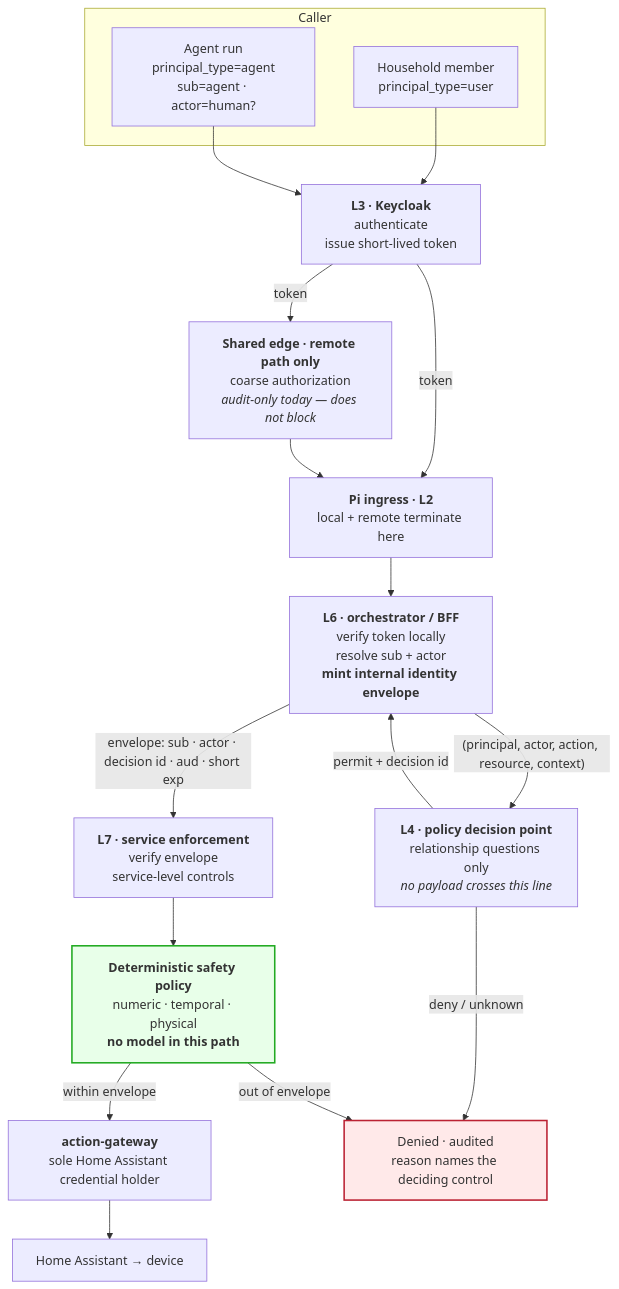
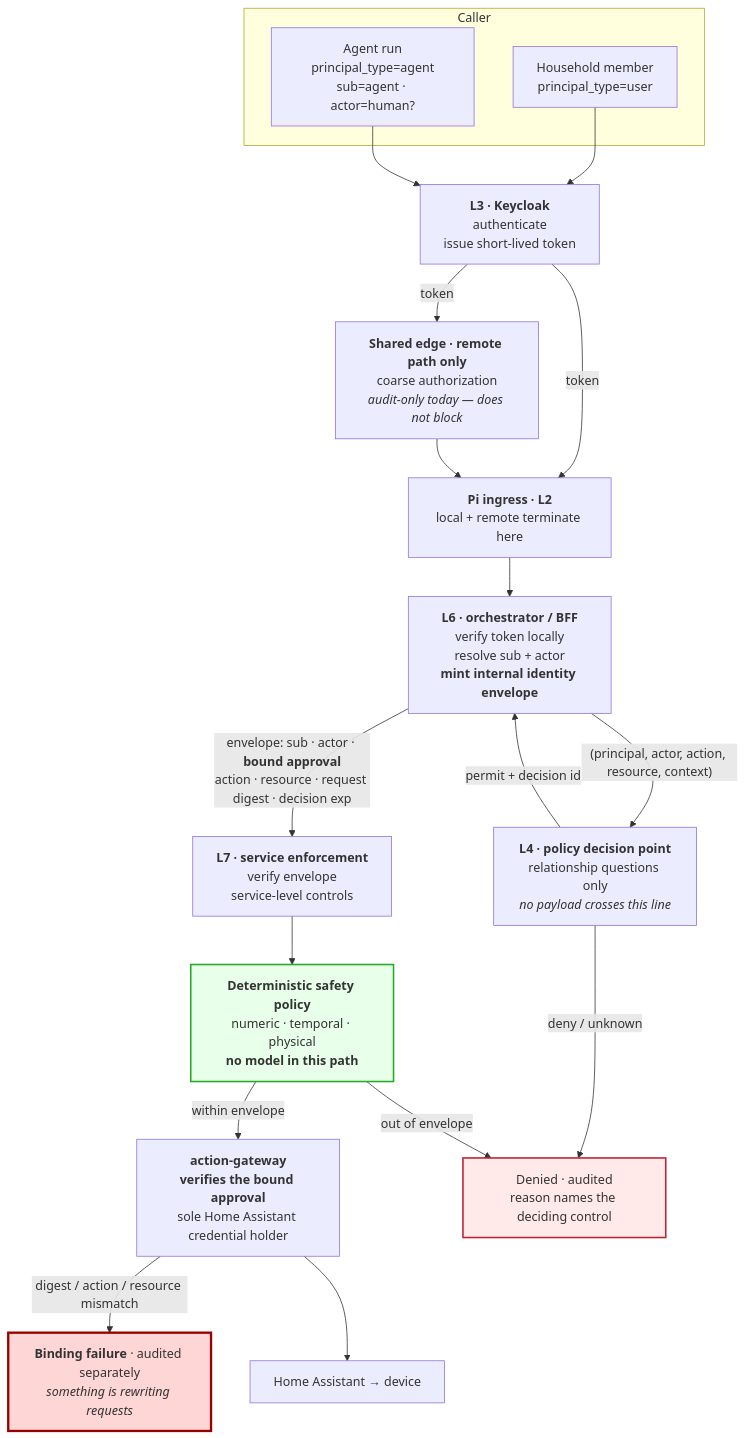
Before and after one commit to pulse-ops-ai/secure-home-agent-platform: the diagram in docs/architecture/identity-and-authorization-flow.md, drawn with Mermaid. The commit also changed other lines of this file and 21 other files, not shown here.

First line of the commit message:
docs(architecture): bind authorization to the action and correct degraded-mode classes

````diff
--- a/docs/architecture/identity-and-authorization-flow.md
+++ b/docs/architecture/identity-and-authorization-flow.md
@@ -63,38 +63,42 @@
 ```mermaid
 flowchart TB
     subgraph CALLER["Caller"]
         U["Household member<br/>principal_type=user"]
         A["Agent run<br/>principal_type=agent<br/>sub=agent · actor=human?"]
     end
 
     KC["<b>L3 · Keycloak</b><br/>authenticate<br/>issue short-lived token"]
     EDGEA["<b>Shared edge · remote path only</b><br/>coarse authorization<br/><i>audit-only today — does not block</i>"]
     ING["<b>Pi ingress · L2</b><br/>local + remote terminate here"]
     L6["<b>L6 · orchestrator / BFF</b><br/>verify token locally<br/>resolve sub + actor<br/><b>mint internal identity envelope</b>"]
     PDP["<b>L4 · policy decision point</b><br/>relationship questions only<br/><i>no payload crosses this line</i>"]
     L7["<b>L7 · service enforcement</b><br/>verify envelope<br/>service-level controls"]
     POL["<b>Deterministic safety policy</b><br/>numeric · temporal · physical<br/><b>no model in this path</b>"]
-    ACT["<b>action-gateway</b><br/>sole Home Assistant credential holder"]
+    ACT["<b>action-gateway</b><br/><b>verifies the bound approval</b><br/>sole Home Assistant credential holder"]
     HA["Home Assistant → device"]
     DENY["Denied · audited<br/>reason names the deciding control"]
+    BIND["<b>Binding failure</b> · audited separately<br/><i>something is rewriting requests</i>"]
 
     U --> KC
     A --> KC
     KC -->|token| EDGEA
     KC -->|token| ING
     EDGEA --> ING
     ING --> L6
     L6 -->|"(principal, actor, action, resource, context)"| PDP
     PDP -->|permit + decision id| L6
     PDP -->|deny / unknown| DENY
-    L6 -->|"envelope: sub · actor · decision id · aud · short exp"| L7
+    L6 -->|"envelope: sub · actor · <b>bound approval</b><br/>action · resource · request digest · decision exp"| L7
     L7 --> POL
     POL -->|out of envelope| DENY
     POL -->|within envelope| ACT
+    ACT -->|"digest / action / resource mismatch"| BIND
     ACT --> HA
 
     classDef deny fill:#ffe9e9,stroke:#b23,stroke-width:2px
     classDef det fill:#e8ffe9,stroke:#2a2,stroke-width:2px
+    classDef alarm fill:#ffd6d6,stroke:#900,stroke-width:3px
     class DENY deny
+    class BIND alarm
     class POL det
 ```
````
